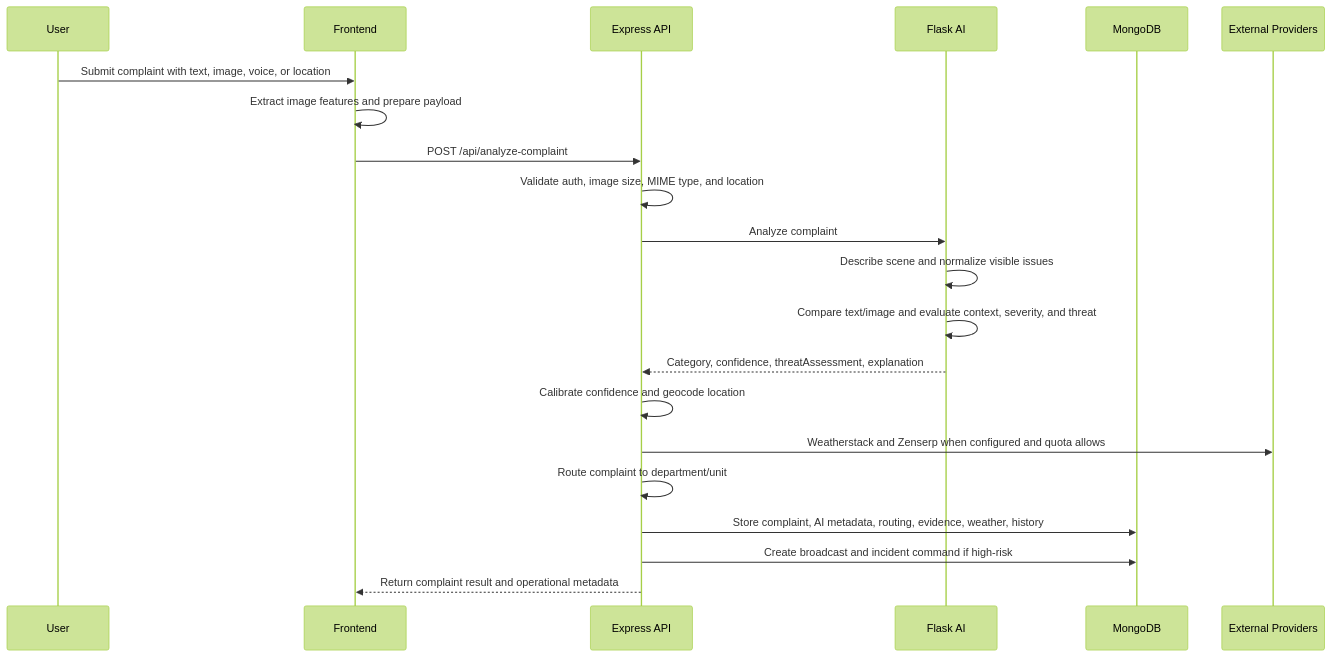
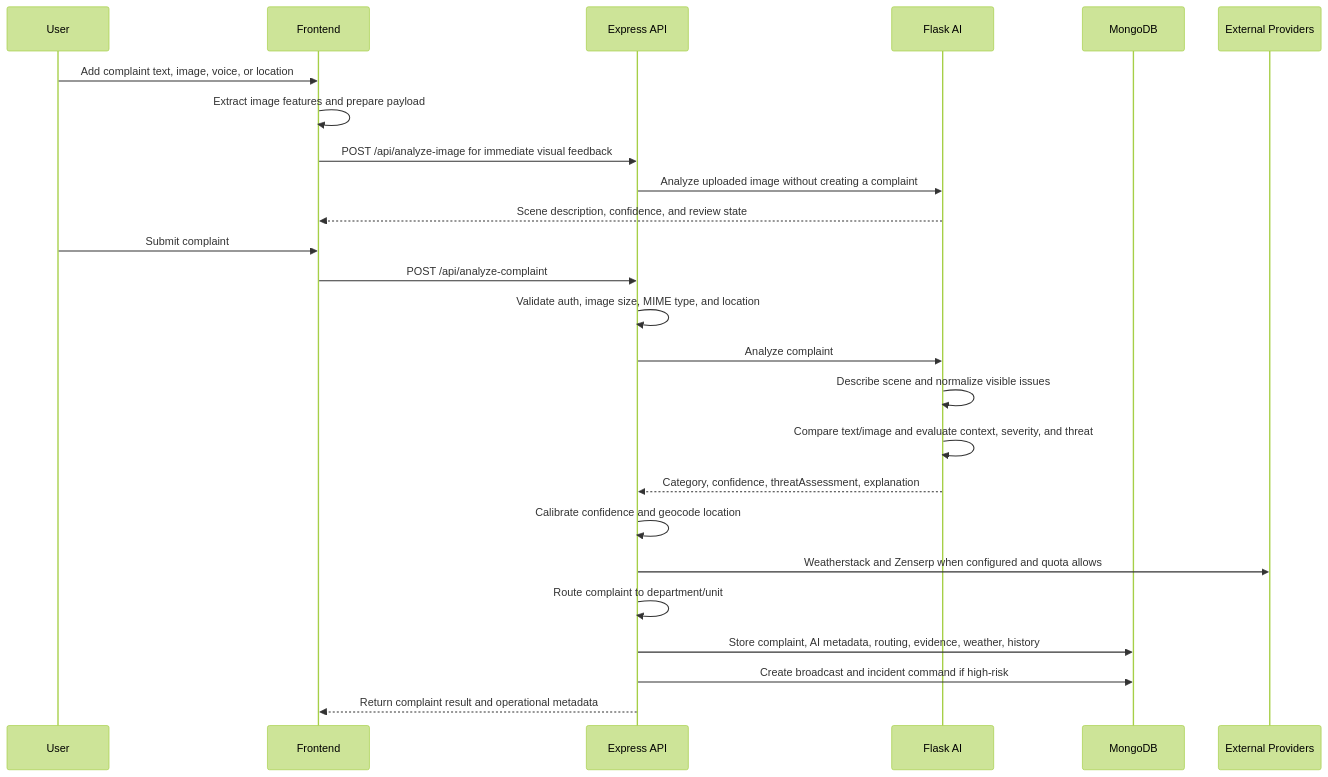
One commit to Shreyas0047/Urban-Pulse-Ai changed the second of 2 diagrams in README.md. Above: the diagram before and after it, drawn with Mermaid (forest theme). The commit also changed other lines of this file and 22 other files, not shown here.

````diff
--- a/README.md
+++ b/README.md
@@ -144,24 +144,28 @@
 ```mermaid
 sequenceDiagram
     participant U as User
     participant FE as Frontend
     participant API as Express API
     participant AI as Flask AI
     participant DB as MongoDB
     participant EXT as External Providers
 
-    U->>FE: Submit complaint with text, image, voice, or location
+    U->>FE: Add complaint text, image, voice, or location
     FE->>FE: Extract image features and prepare payload
+    FE->>API: POST /api/analyze-image for immediate visual feedback
+    API->>AI: Analyze uploaded image without creating a complaint
+    AI-->>FE: Scene description, confidence, and review state
+    U->>FE: Submit complaint
     FE->>API: POST /api/analyze-complaint
     API->>API: Validate auth, image size, MIME type, and location
     API->>AI: Analyze complaint
     AI->>AI: Describe scene and normalize visible issues
     AI->>AI: Compare text/image and evaluate context, severity, and threat
     AI-->>API: Category, confidence, threatAssessment, explanation
     API->>API: Calibrate confidence and geocode location
     API->>EXT: Weatherstack and Zenserp when configured and quota allows
     API->>API: Route complaint to department/unit
     API->>DB: Store complaint, AI metadata, routing, evidence, weather, history
     API->>DB: Create broadcast and incident command if high-risk
     API-->>FE: Return complaint result and operational metadata
 ```
````
